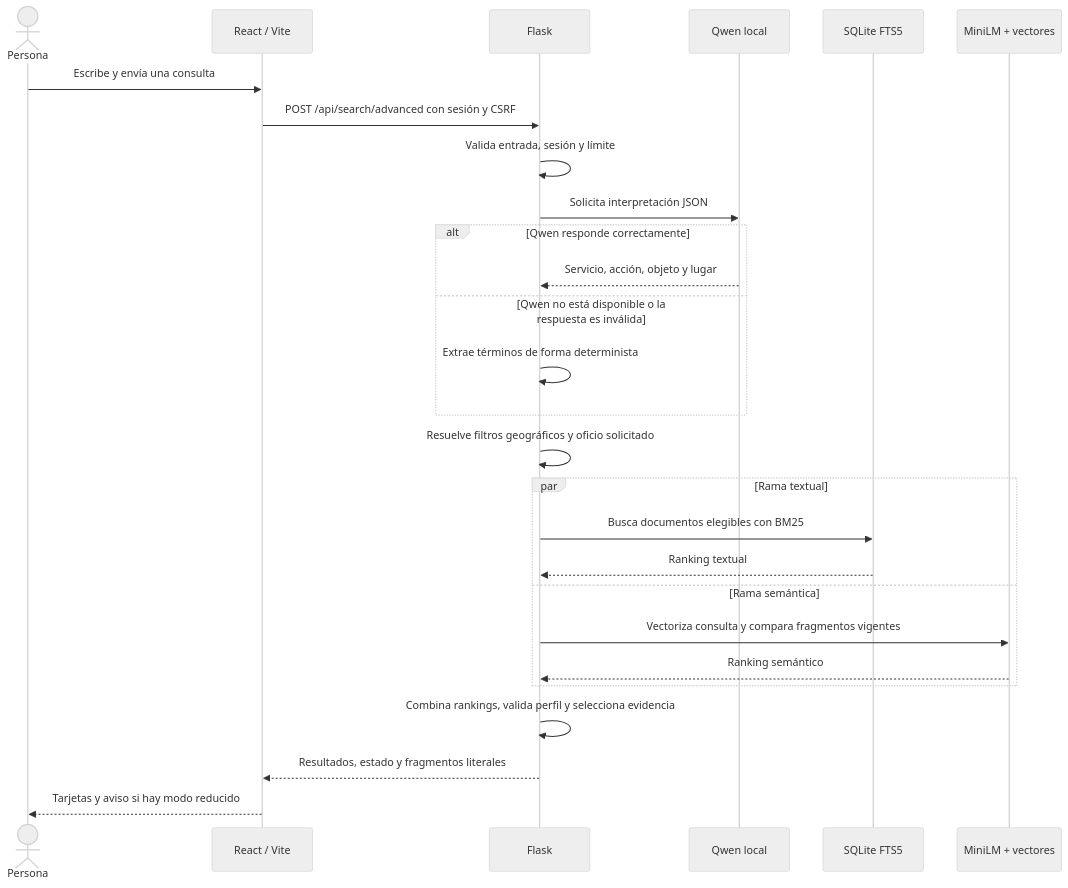
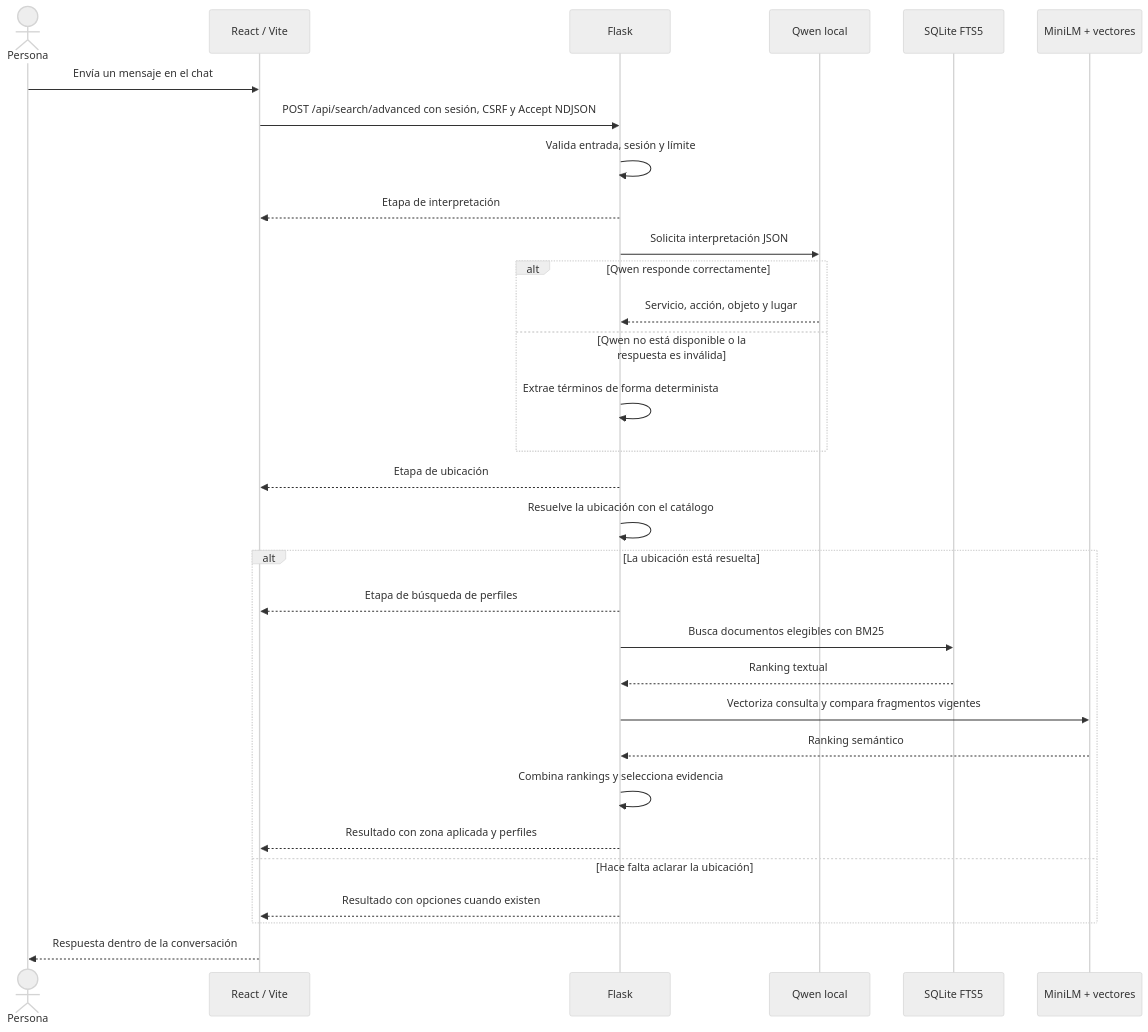
The fourth of 5 diagrams in docs/Arquitectura-Actual.md (NebyX1/jobkler-public-quien-uy), drawn with Mermaid (neutral theme) before and after one commit. The commit also changed 13 other files, not shown here.

Commit message:
Add conversational advanced search with location filters

````diff
--- a/docs/Arquitectura-Actual.md
+++ b/docs/Arquitectura-Actual.md
@@ -78,29 +78,33 @@
 ```mermaid
 sequenceDiagram
     actor Persona
     participant Web as React / Vite
     participant API as Flask
     participant LLM as Qwen local
     participant Texto as SQLite FTS5
     participant Vec as MiniLM + vectores
-    Persona->>Web: Escribe y envía una consulta
-    Web->>API: POST /api/search/advanced con sesión y CSRF
+    Persona->>Web: Envía un mensaje en el chat
+    Web->>API: POST /api/search/advanced con sesión, CSRF y Accept NDJSON
     API->>API: Valida entrada, sesión y límite
+    API-->>Web: Etapa de interpretación
     API->>LLM: Solicita interpretación JSON
     alt Qwen responde correctamente
         LLM-->>API: Servicio, acción, objeto y lugar
     else Qwen no está disponible o la respuesta es inválida
         API->>API: Extrae términos de forma determinista
     end
-    API->>API: Resuelve filtros geográficos y oficio solicitado
-    par Rama textual
+    API-->>Web: Etapa de ubicación
+    API->>API: Resuelve la ubicación con el catálogo
+    alt La ubicación está resuelta
+        API-->>Web: Etapa de búsqueda de perfiles
         API->>Texto: Busca documentos elegibles con BM25
         Texto-->>API: Ranking textual
-    and Rama semántica
         API->>Vec: Vectoriza consulta y compara fragmentos vigentes
         Vec-->>API: Ranking semántico
+        API->>API: Combina rankings y selecciona evidencia
+        API-->>Web: Resultado con zona aplicada y perfiles
+    else Hace falta aclarar la ubicación
+        API-->>Web: Resultado con opciones cuando existen
     end
-    API->>API: Combina rankings, valida perfil y selecciona evidencia
-    API-->>Web: Resultados, estado y fragmentos literales
-    Web-->>Persona: Tarjetas y aviso si hay modo reducido
+    Web-->>Persona: Respuesta dentro de la conversación
 ```
````
